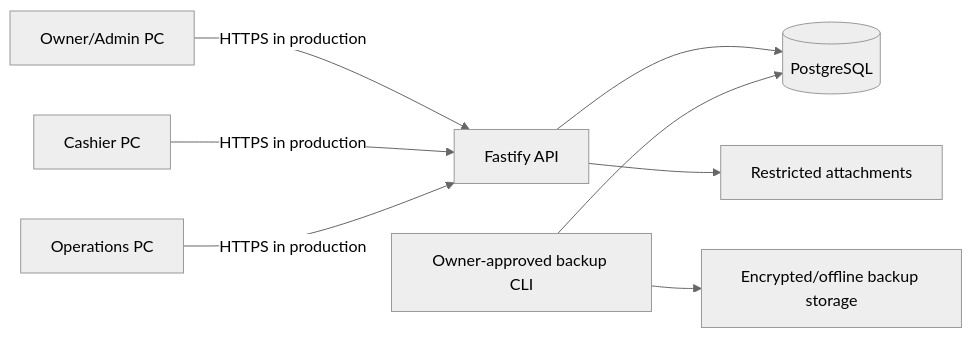
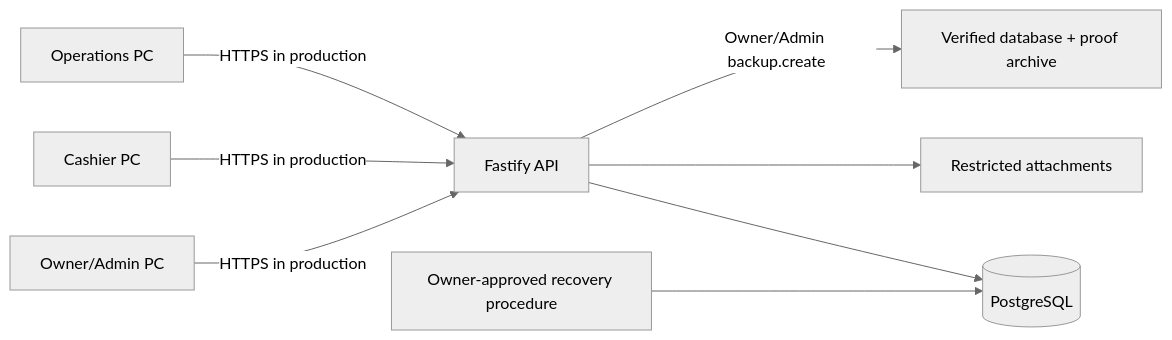
Before and after one commit to dale-20/bcis: the diagram in docs/technical-documentation.md, drawn with Mermaid (neutral theme). The commit also changed other lines of this file and 27 other files, not shown here.

Commit message:
feat(admin): add verified database and proof backups

````diff
--- a/docs/technical-documentation.md
+++ b/docs/technical-documentation.md
@@ -11,10 +11,10 @@
 ```mermaid
 flowchart LR
   A[Owner/Admin PC] -->|HTTPS in production| API[Fastify API]
   B[Cashier PC] -->|HTTPS in production| API
   C[Operations PC] -->|HTTPS in production| API
   API --> DB[(PostgreSQL)]
   API --> ATT[Restricted attachments]
-  OPS[Owner-approved backup CLI] --> DB
-  OPS --> BKP[Encrypted/offline backup storage]
+  API -->|Owner/Admin backup.create| BKP[Verified database + proof archive]
+  OPS[Owner-approved recovery procedure] --> DB
 ```
````
